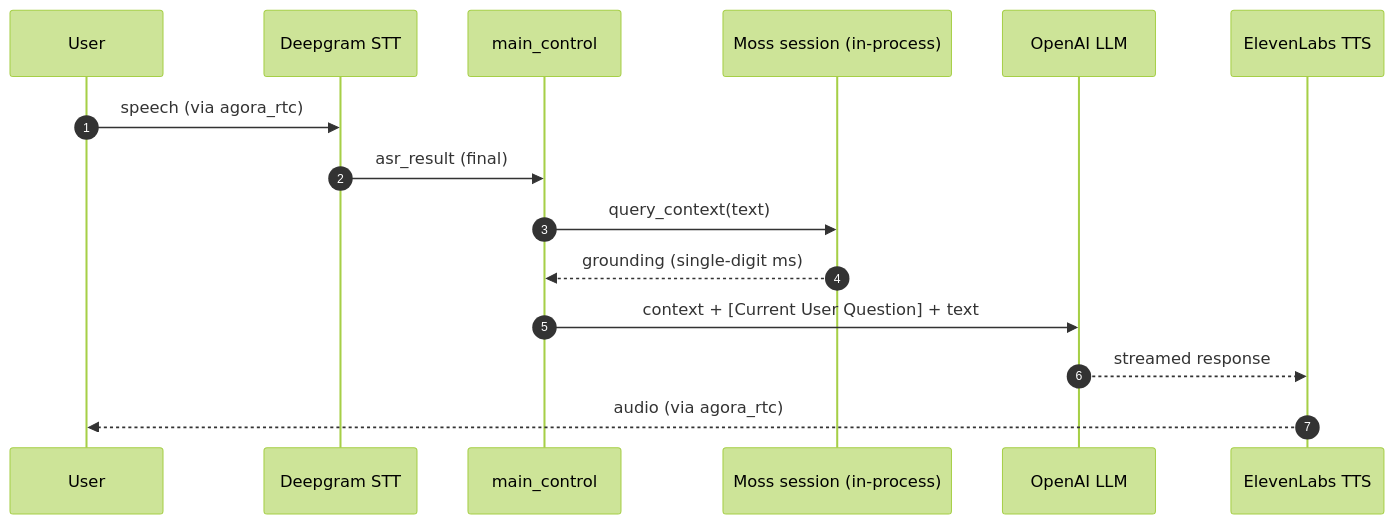
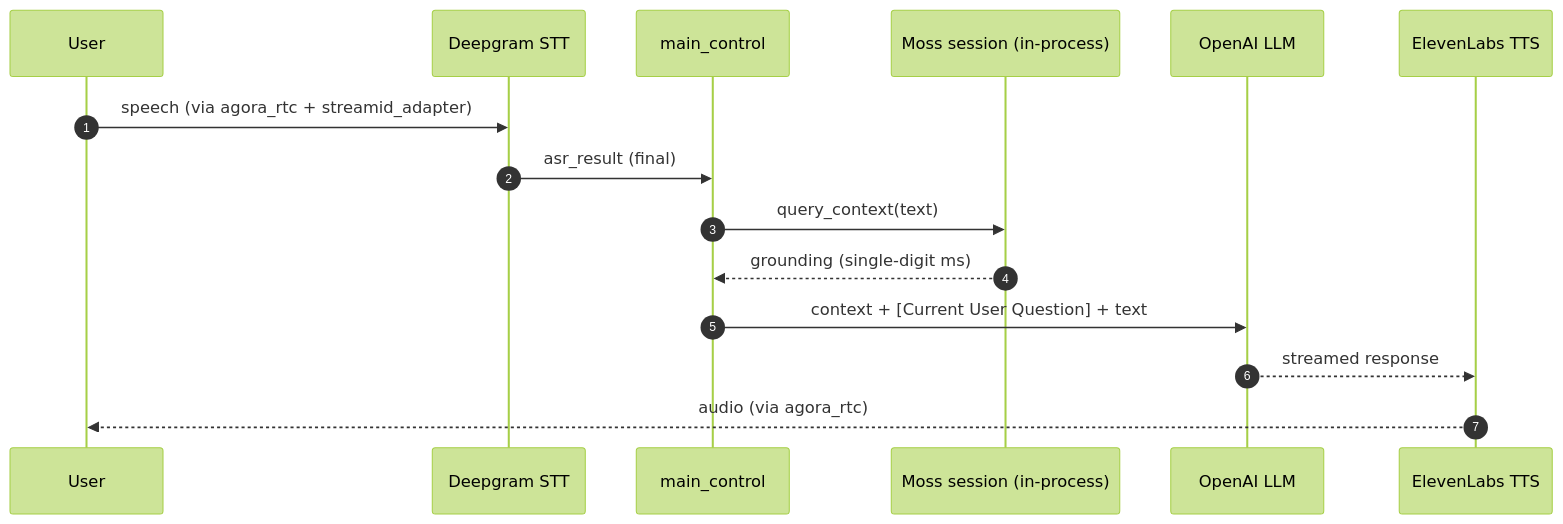
One commit to usemoss/moss changed the second of 2 diagrams in apps/ten-moss/README.md. Above: the diagram before and after it, drawn with Mermaid (forest theme). The commit also changed other lines of this file, not shown here.

````diff
--- a/apps/ten-moss/README.md
+++ b/apps/ten-moss/README.md
@@ -37,18 +84,18 @@
 ```mermaid
 sequenceDiagram
     autonumber
     participant User
     participant STT as Deepgram STT
     participant Ctl as main_control
     participant Moss as Moss session (in-process)
     participant LLM as OpenAI LLM
     participant TTS as ElevenLabs TTS
 
-    User->>STT: speech (via agora_rtc)
+    User->>STT: speech (via agora_rtc + streamid_adapter)
     STT->>Ctl: asr_result (final)
     Ctl->>Moss: query_context(text)
     Moss-->>Ctl: grounding (single-digit ms)
     Ctl->>LLM: context + [Current User Question] + text
     LLM-->>TTS: streamed response
     TTS-->>User: audio (via agora_rtc)
 ```
````
